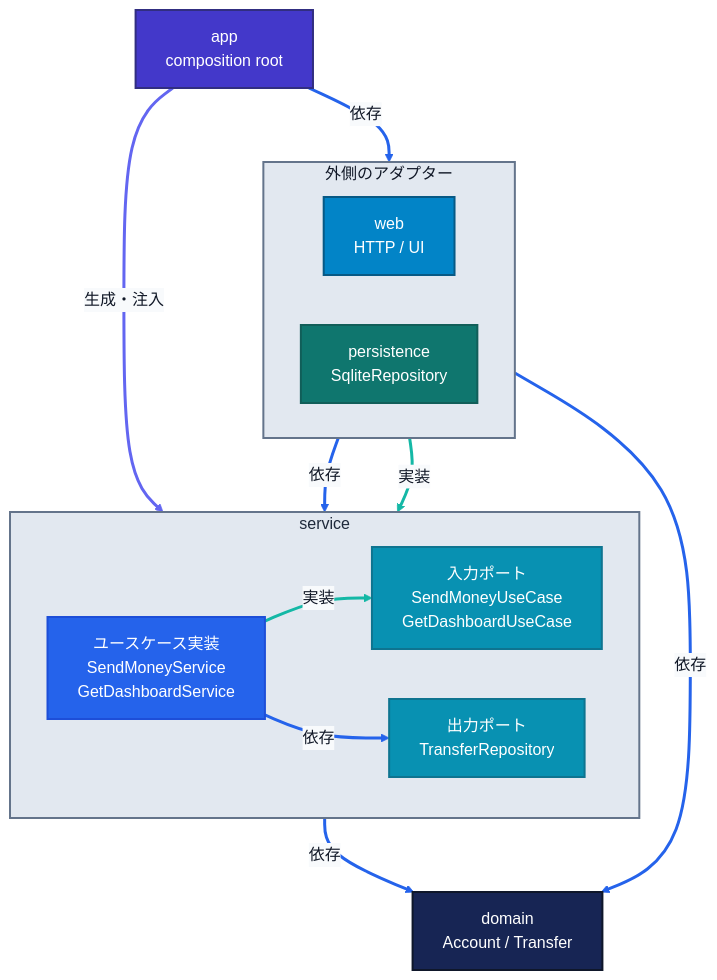
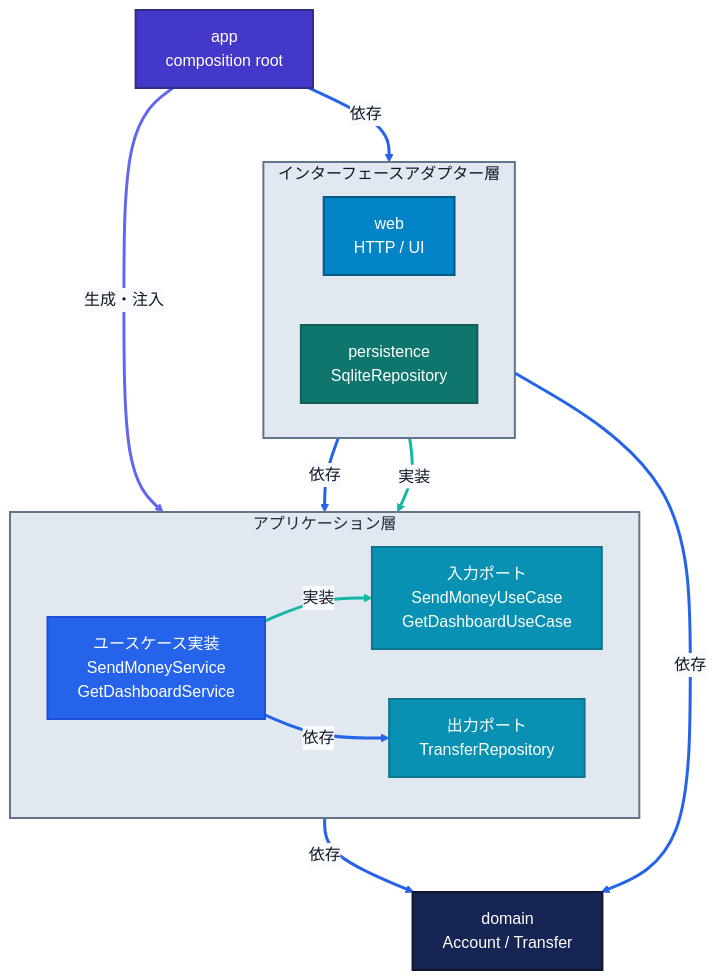
One commit to gonzily1269/buckpal-rust changed the first of 2 diagrams in docs/ARCHITECTURE.md. Above: the diagram before and after it, drawn with Mermaid.

Commit message:
refactor: アーキテクチャ図のアダプター層とアプリケーション層の表現を改善

````diff
--- a/docs/ARCHITECTURE.md
+++ b/docs/ARCHITECTURE.md
@@ -5,44 +5,44 @@
 ```mermaid
 %%{init: {"theme": "base", "themeVariables": {"background": "#f8fafc", "mainBkg": "#f8fafc", "primaryColor": "#f8fafc", "primaryTextColor": "#111827", "primaryBorderColor": "#334155", "lineColor": "#94a3b8", "textColor": "#111827", "edgeLabelBackground": "#f8fafc", "fontFamily": "sans-serif"}}}%%
 flowchart TB
     app["app<br/>composition root"]
-    subgraph adapters["外側のアダプター"]
+    subgraph adapters["インターフェースアダプター層"]
         direction LR
         web["web<br/>HTTP / UI"]
         persistence["persistence<br/>SqliteRepository"]
     end
-    subgraph service["service"]
+    subgraph service["アプリケーション層"]
         direction LR
         inputPort["入力ポート<br/>SendMoneyUseCase<br/>GetDashboardUseCase"]
         usecase["ユースケース実装<br/>SendMoneyService<br/>GetDashboardService"]
         outputPort["出力ポート<br/>TransferRepository"]
     end
     domain["domain<br/>Account / Transfer"]
 
     app -->|"依存"| adapters
     app -->|"生成・注入"| usecase
     web -->|"依存"| inputPort
     usecase -->|"実装"| inputPort
     usecase -->|"依存"| outputPort
     persistence -->|"実装"| outputPort
     usecase -->|"依存"| domain
     persistence -->|"依存"| domain
 
     classDef composition fill:#4338ca,stroke:#312e81,stroke-width:2px,color:#ffffff
     classDef inputAdapter fill:#0284c7,stroke:#075985,stroke-width:2px,color:#ffffff
     classDef outputAdapter fill:#0f766e,stroke:#115e59,stroke-width:2px,color:#ffffff
     classDef applicationService fill:#2563eb,stroke:#1d4ed8,stroke-width:2px,color:#ffffff
     classDef port fill:#0891b2,stroke:#0e7490,stroke-width:2px,color:#ffffff
     classDef domainLayer fill:#172554,stroke:#0f172a,stroke-width:2px,color:#ffffff
     class app composition
     class web inputAdapter
     class persistence outputAdapter
     class usecase applicationService
     class inputPort,outputPort port
     class domain domainLayer
     style adapters fill:#e2e8f0,stroke:#64748b,stroke-width:2px,color:#111827
     style service fill:#e2e8f0,stroke:#64748b,stroke-width:2px,color:#1e293b
     linkStyle 0,2,4,6,7 stroke:#2563eb,stroke-width:3px
     linkStyle 1 stroke:#6366f1,stroke-width:3px
     linkStyle 3,5 stroke:#14b8a6,stroke-width:3px
 ```
````
